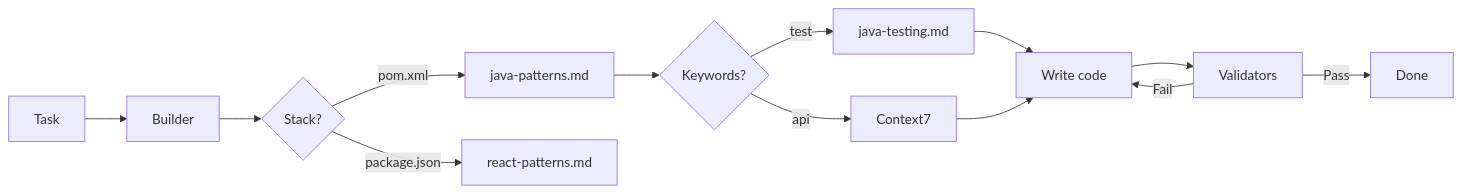
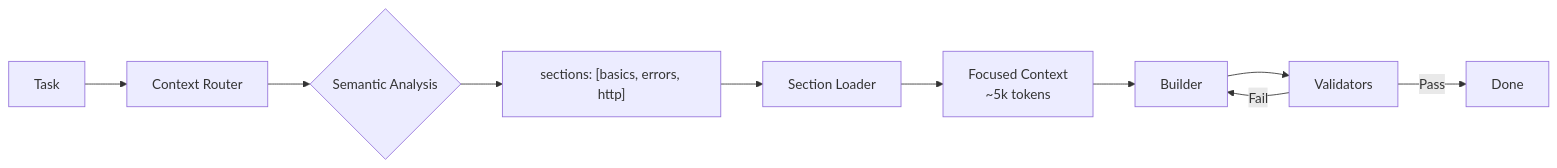
The diagram in README.md (a-simeshin/claude-code-hooks-mastery), drawn with Mermaid before and after one commit. The commit also changed other lines of this file, not shown here.

First line of the commit message:
docs: Update README with semantic context routing

````diff
--- a/README.md
+++ b/README.md
@@ -71,15 +33,12 @@
 ```mermaid
 flowchart LR
-    A[Task] --> B[Builder]
-    B --> C{Stack?}
-    C -->|pom.xml| D[java-patterns.md]
-    C -->|package.json| E[react-patterns.md]
-    D --> F{Keywords?}
-    F -->|test| G[java-testing.md]
-    F -->|api| H[Context7]
-    G --> I[Write code]
-    H --> I
-    I --> J[Validators]
-    J -->|Fail| I
-    J -->|Pass| K[Done]
+    A[Task] --> B[Context Router]
+    B --> C{Semantic Analysis}
+    C --> D["sections: [basics, errors, http]"]
+    D --> E[Section Loader]
+    E --> F[Focused Context<br/>~5k tokens]
+    F --> G[Builder]
+    G --> H[Validators]
+    H -->|Fail| G
+    H -->|Pass| I[Done]
 ```
````
